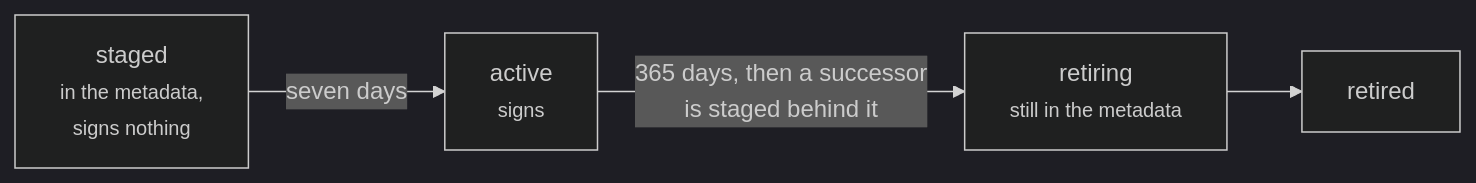
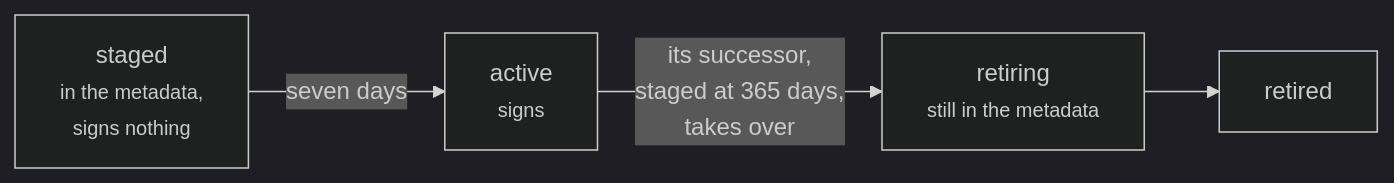
The diagram in docs/saml/identity-provider.md (beffroi-auth/docs), drawn with Mermaid (dark theme) before and after one commit. The commit also changed other lines of this file and 19 other files, not shown here.

````diff
--- a/docs/saml/identity-provider.md
+++ b/docs/saml/identity-provider.md
@@ -124,6 +124,6 @@
 ``` mermaid
 graph LR
   s["staged<br/><small>in the metadata,<br/>signs nothing</small>"] -- "seven days" --> a["active<br/><small>signs</small>"]
-  a -- "365 days, then a successor<br/>is staged behind it" --> r["retiring<br/><small>still in the metadata</small>"]
+  a -- "its successor,<br/>staged at 365 days,<br/>takes over" --> r["retiring<br/><small>still in the metadata</small>"]
   r --> x["retired"]
 ```
````
